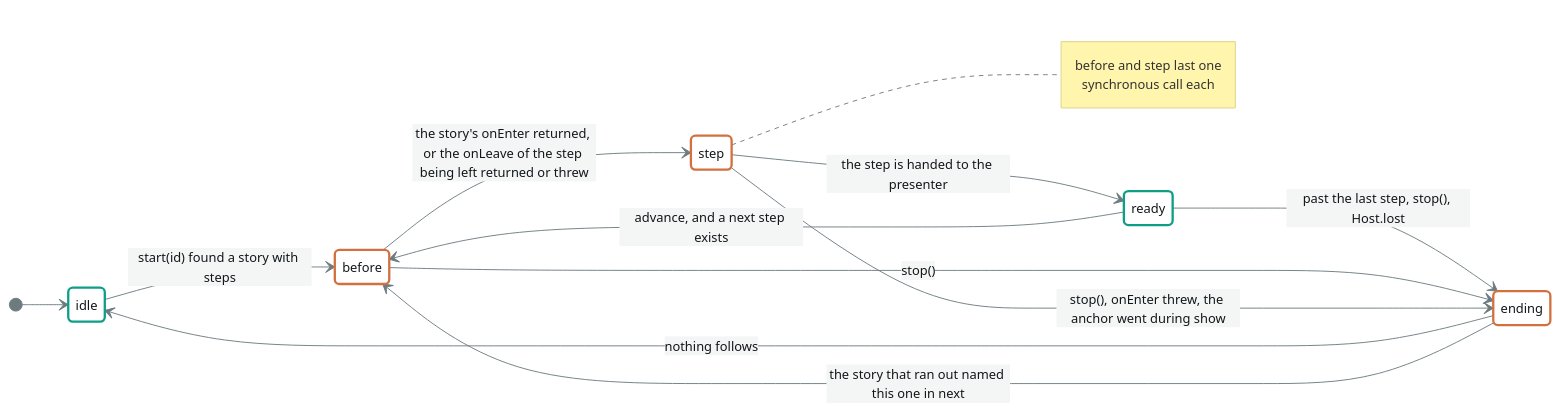
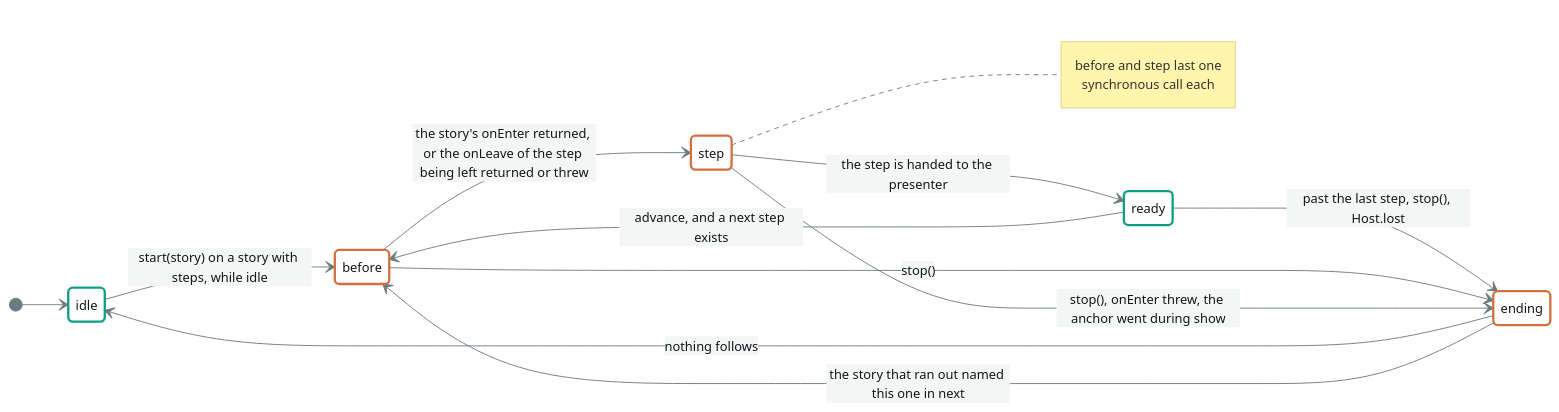
The first of 2 diagrams in packages/machine/model/phases.md (annetaan/leko), drawn with Mermaid before and after one commit. The commit also changed other lines of this file and 66 other files, not shown here.

````diff
--- a/packages/machine/model/phases.md
+++ b/packages/machine/model/phases.md
@@ -40,30 +40,30 @@
 ```mermaid
 %%{init: {'theme':'base','themeVariables':{'background':'#F4F6F6','primaryColor':'#FFFFFF','primaryTextColor':'#12171A','primaryBorderColor':'#9AA6A9','lineColor':'#6D7B80','textColor':'#12171A','edgeLabelBackground':'#F4F6F6','tertiaryColor':'#E9EDED','tertiaryTextColor':'#12171A','fontSize':'14px'}}}%%
 stateDiagram-v2
   direction LR
 
   [*] --> idle
-  idle --> before : start(id) found a story with steps
+  idle --> before : start(story) on a story with steps, while idle
 
   before --> step : the story's onEnter returned, or the onLeave of the step being left returned or threw
 
   step --> ready : the step is handed to the presenter
 
   ready --> before : advance, and a next step exists
   ready --> ending : past the last step, stop(), Host.lost
   before --> ending : stop()
   step --> ending : stop(), onEnter threw, the anchor went during show
   note right of step
     before and step last one
     synchronous call each
   end note
 
   ending --> idle : nothing follows
   ending --> before : the story that ran out named this one in next
 
   classDef open stroke:#0E9E86,stroke-width:2.5px
   classDef shut stroke:#D2703F,stroke-width:2.5px
 
   class idle,ready open
   class before,step,ending shut
 ```
````
